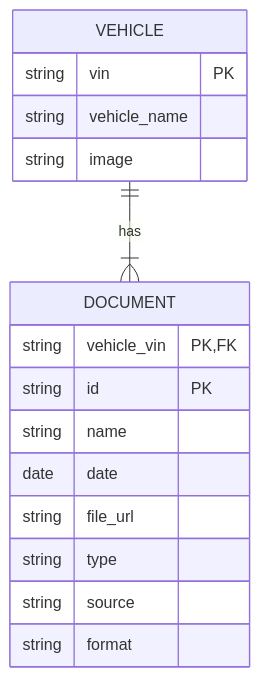
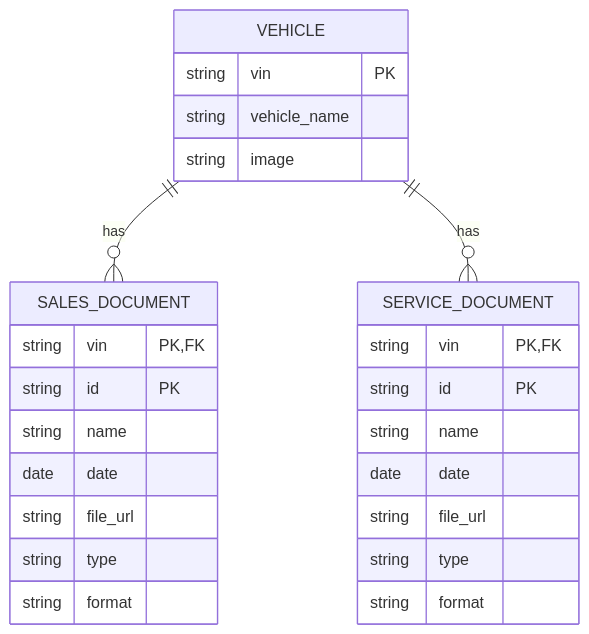
Before and after one commit to Quindart/keyloop-unified-document-viewer: the diagram in README.md, drawn with Mermaid. The commit also changed other lines of this file and 11 other files, not shown here.

Commit message:
refactor: replace mock document fetching with API calls for sales and service documents

````diff
--- a/README.md
+++ b/README.md
@@ -39,21 +109,31 @@
 ```mermaid
 erDiagram
-    VEHICLE ||--|{ DOCUMENT : has
+    VEHICLE ||--o{ SALES_DOCUMENT : has
+    VEHICLE ||--o{ SERVICE_DOCUMENT : has
 
     VEHICLE {
         string vin PK
         string vehicle_name
         string image
     }
 
-    DOCUMENT {
-        string vehicle_vin PK, FK
+    SALES_DOCUMENT {
+        string vin PK, FK
         string id PK
         string name
         date date
         string file_url
         string type
-        string source
+        string format
+    }
+
+    SERVICE_DOCUMENT {
+        string vin PK, FK
+        string id PK
+        string name
+        date date
+        string file_url
+        string type
         string format
     }
 ```
````
